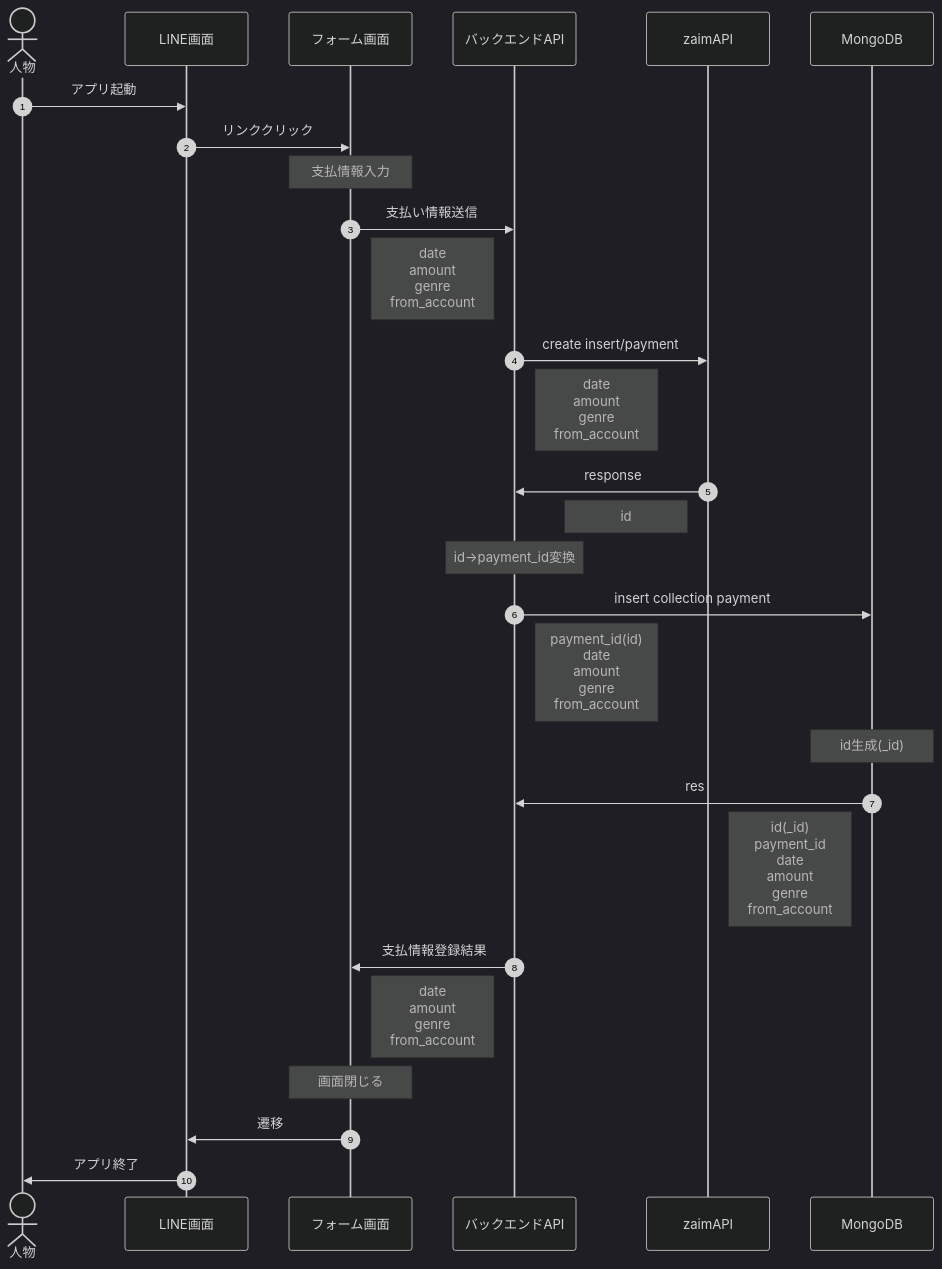
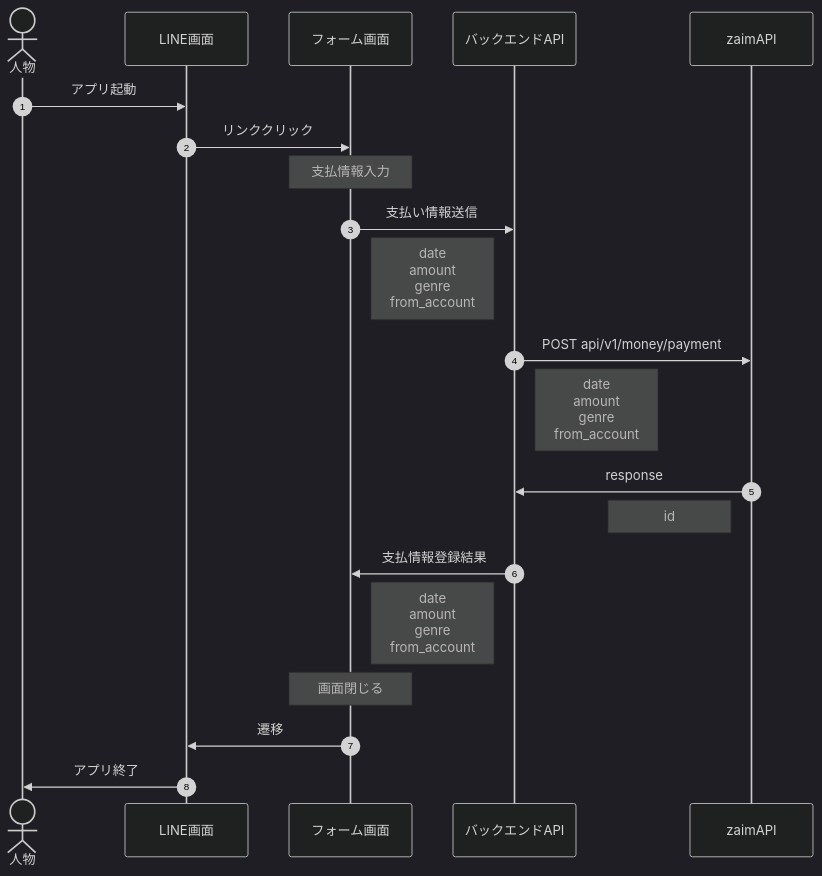
Before and after one commit to eitaro1230/zaim_fastapi: the diagram in README.md, drawn with Mermaid (dark theme). The commit also changed 5 other files, not shown here.

````diff
--- a/README.md
+++ b/README.md
@@ -3,30 +3,23 @@
 ```mermaid
 sequenceDiagram
     autonumber
     actor person as 人物
     participant line as LINE画面
     participant frontend as フォーム画面
     participant backend as バックエンドAPI
     participant zaim as zaimAPI
-    participant db as MongoDB
     person ->> line:アプリ起動
     line ->> frontend :リンククリック
     Note over frontend:支払情報入力
     frontend ->> backend:支払い情報送信
     Note right of frontend:date<br>amount<br>genre<br>from_account
-    backend ->> zaim:create insert/payment
+    backend ->> zaim:POST api/v1/money/payment
     Note right of backend:date<br>amount<br>genre<br>from_account
     zaim ->> backend:response
     Note left of zaim:id
-    Note over backend:id→payment_id変換
-    backend ->> db:insert collection payment
-    Note right of backend:payment_id(id)<br>date<br>amount<br>genre<br>from_account
-    Note over db:id生成(_id)
-    db ->> backend:res
-    Note left of db:id(_id)<br>payment_id<br>date<br>amount<br>genre<br>from_account
     backend ->> frontend:支払情報登録結果
     Note left of backend:date<br>amount<br>genre<br>from_account
     Note over frontend:画面閉じる
     frontend ->> line:遷移
     line ->> person:アプリ終了
 ```
````
